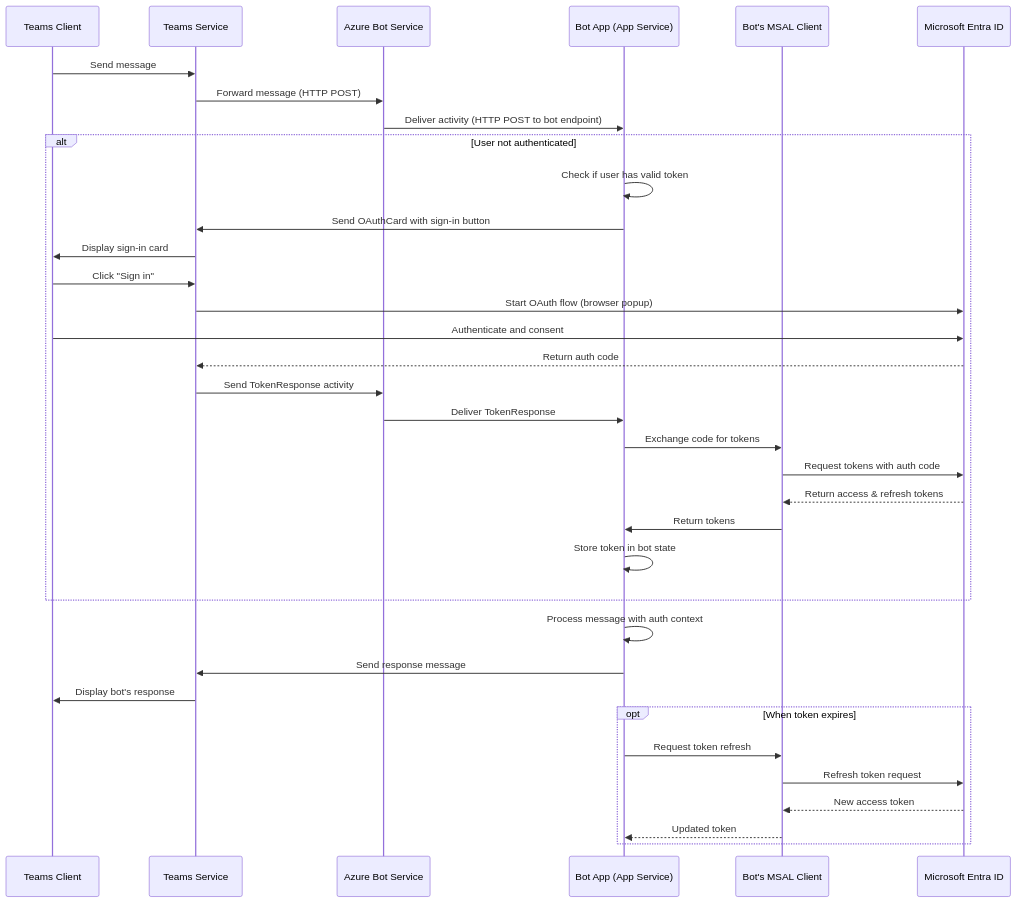
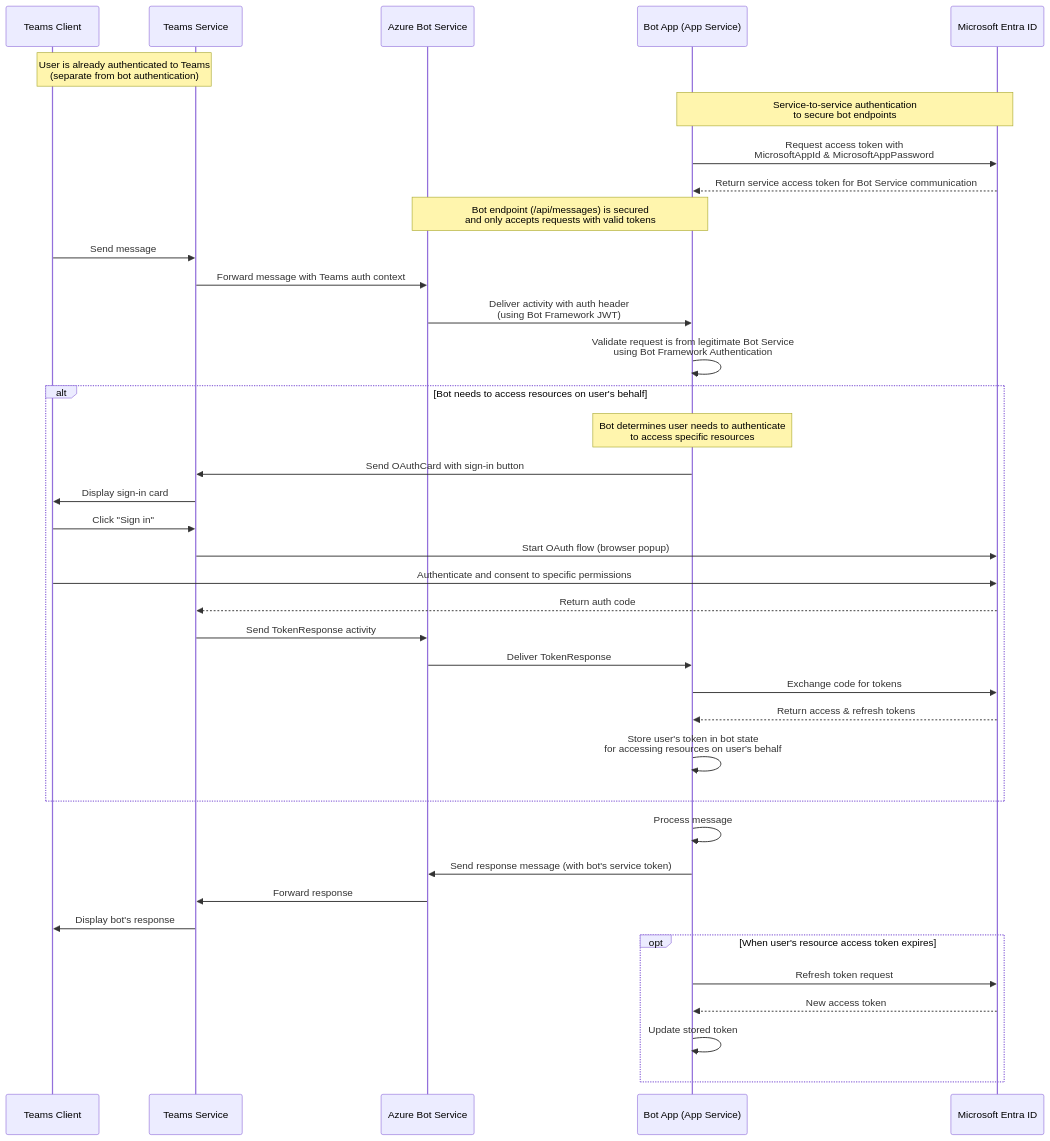
One commit to rukasakurai/SystemPromptSwitchingGPTBot changed the diagram in docs/sequence-diagram.md. Above: the diagram before and after it, drawn with Mermaid. The commit also changed other lines of this file, not shown here.

Commit message:
Refine sequence diagram to clarify authentication flows and enhance message processing details

````diff
--- a/docs/sequence-diagram.md
+++ b/docs/sequence-diagram.md
@@ -5,45 +5,55 @@
 ```mermaid
 sequenceDiagram
     participant User as Teams Client
     participant TeamsService as Teams Service
     participant BotService as Azure Bot Service
     participant Bot as Bot App (App Service)
-    participant MSAL as Bot's MSAL Client
     participant Entra as Microsoft Entra ID
+
+    %% User is already authenticated to Teams (happens before bot interaction)
+    Note over User,TeamsService: User is already authenticated to Teams<br/>(separate from bot authentication)
+
+    %% Service-to-service authentication for securing API endpoints
+    Note over Bot,Entra: Service-to-service authentication<br/>to secure bot endpoints
+    Bot->>Entra: Request access token with<br/>MicrosoftAppId & MicrosoftAppPassword
+    Entra-->>Bot: Return service access token for Bot Service communication
+    Note over BotService,Bot: Bot endpoint (/api/messages) is secured<br/>and only accepts requests with valid tokens
 
     %% Initial message flow
     User->>TeamsService: Send message
-    TeamsService->>BotService: Forward message (HTTP POST)
-    BotService->>Bot: Deliver activity (HTTP POST to bot endpoint)
+    TeamsService->>BotService: Forward message with Teams auth context
+    BotService->>Bot: Deliver activity with auth header<br/>(using Bot Framework JWT)
 
-    alt User not authenticated
-        %% Authentication flow with OAuthCard
-        Bot->>Bot: Check if user has valid token
+    %% Bot validates incoming requests
+    Bot->>Bot: Validate request is from legitimate Bot Service<br/>using Bot Framework Authentication
+
+    %% Main flow - optional user authentication to access external resources
+    alt Bot needs to access resources on user's behalf
+        %% This is separate from Teams authentication
+        Note over Bot: Bot determines user needs to authenticate<br/>to access specific resources
         Bot->>TeamsService: Send OAuthCard with sign-in button
         TeamsService->>User: Display sign-in card
         User->>TeamsService: Click "Sign in"
         TeamsService->>Entra: Start OAuth flow (browser popup)
-        User->>Entra: Authenticate and consent
+        User->>Entra: Authenticate and consent to specific permissions
         Entra-->>TeamsService: Return auth code
         TeamsService->>BotService: Send TokenResponse activity
         BotService->>Bot: Deliver TokenResponse
-        Bot->>MSAL: Exchange code for tokens
-        MSAL->>Entra: Request tokens with auth code
-        Entra-->>MSAL: Return access & refresh tokens
-        MSAL->>Bot: Return tokens
-        Bot->>Bot: Store token in bot state
+        Bot->>Entra: Exchange code for tokens
+        Entra-->>Bot: Return access & refresh tokens
+        Bot->>Bot: Store user's token in bot state<br/>for accessing resources on user's behalf
     end
 
     %% Main message processing flow
-    Bot->>Bot: Process message with auth context
-    Bot->>TeamsService: Send response message
+    Bot->>Bot: Process message
+    Bot->>BotService: Send response message (with bot's service token)
+    BotService->>TeamsService: Forward response
     TeamsService->>User: Display bot's response
 
     %% Token refresh (optional)
-    opt When token expires
-        Bot->>MSAL: Request token refresh
-        MSAL->>Entra: Refresh token request
-        Entra-->>MSAL: New access token
-        MSAL-->>Bot: Updated token
+    opt When user's resource access token expires
+        Bot->>Entra: Refresh token request
+        Entra-->>Bot: New access token
+        Bot->>Bot: Update stored token
     end
 ```
````
